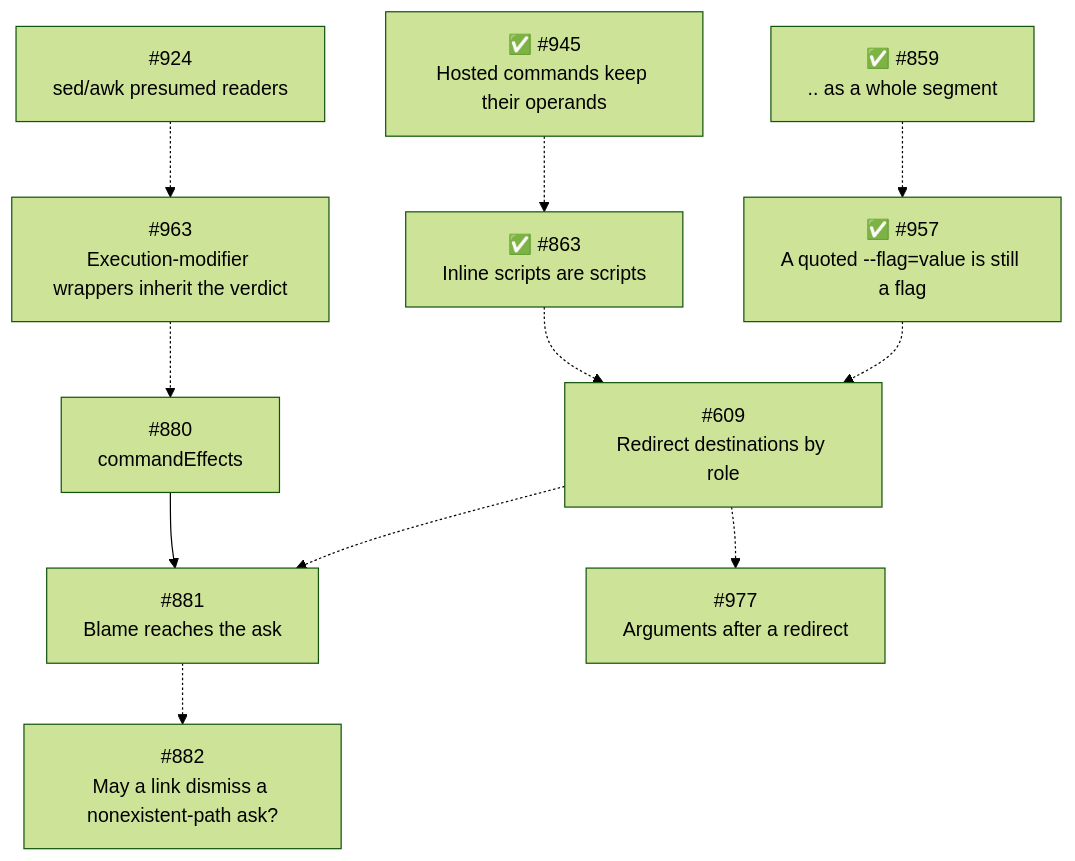
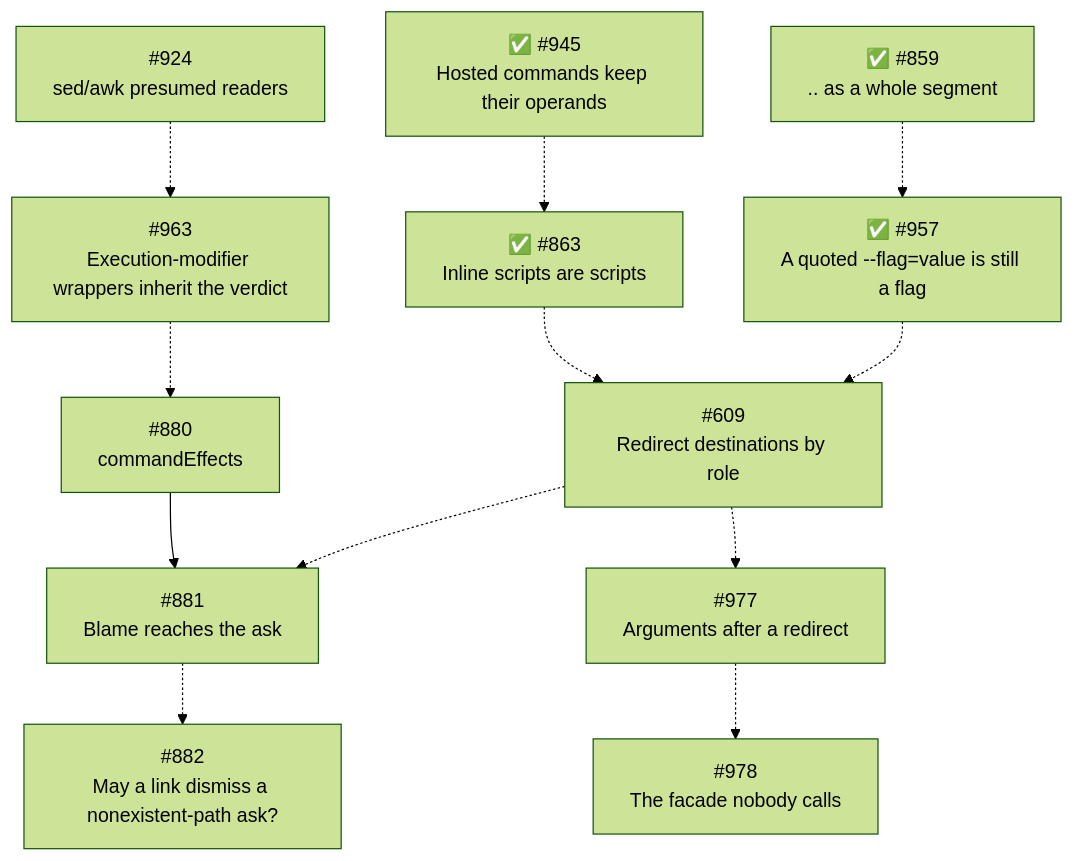
One commit to Jopqior/gotgenes-pi-packages changed the fourth of 4 diagrams in packages/pi-permission-system/docs/architecture/architecture.md. Above: the diagram before and after it, drawn with Mermaid (forest theme). The commit also changed other lines of this file, not shown here.

````diff
--- a/packages/pi-permission-system/docs/architecture/architecture.md
+++ b/packages/pi-permission-system/docs/architecture/architecture.md
@@ -1519,13 +1538,14 @@
 ```mermaid
 flowchart TD
     S945["✅ #945<br/>Hosted commands keep their operands"] -.-> S863["✅ #863<br/>Inline scripts are scripts"]
     S863 -.-> S609["#609<br/>Redirect destinations by role"]
     S859["✅ #859<br/>.. as a whole segment"] -.-> S957["✅ #957<br/>A quoted --flag=value is still a flag"]
     S957 -.-> S609
     S924["#924<br/>sed/awk presumed readers"] -.-> S963["#963<br/>Execution-modifier wrappers inherit the verdict"]
     S963 -.-> S880["#880<br/>commandEffects"]
     S880 --> S881["#881<br/>Blame reaches the ask"]
     S609 -.-> S881
     S609 -.-> S977["#977<br/>Arguments after a redirect"]
+    S977 -.-> S978["#978<br/>The facade nobody calls"]
     S881 -.-> S882["#882<br/>May a link dismiss a nonexistent-path ask?"]
 ```
````
